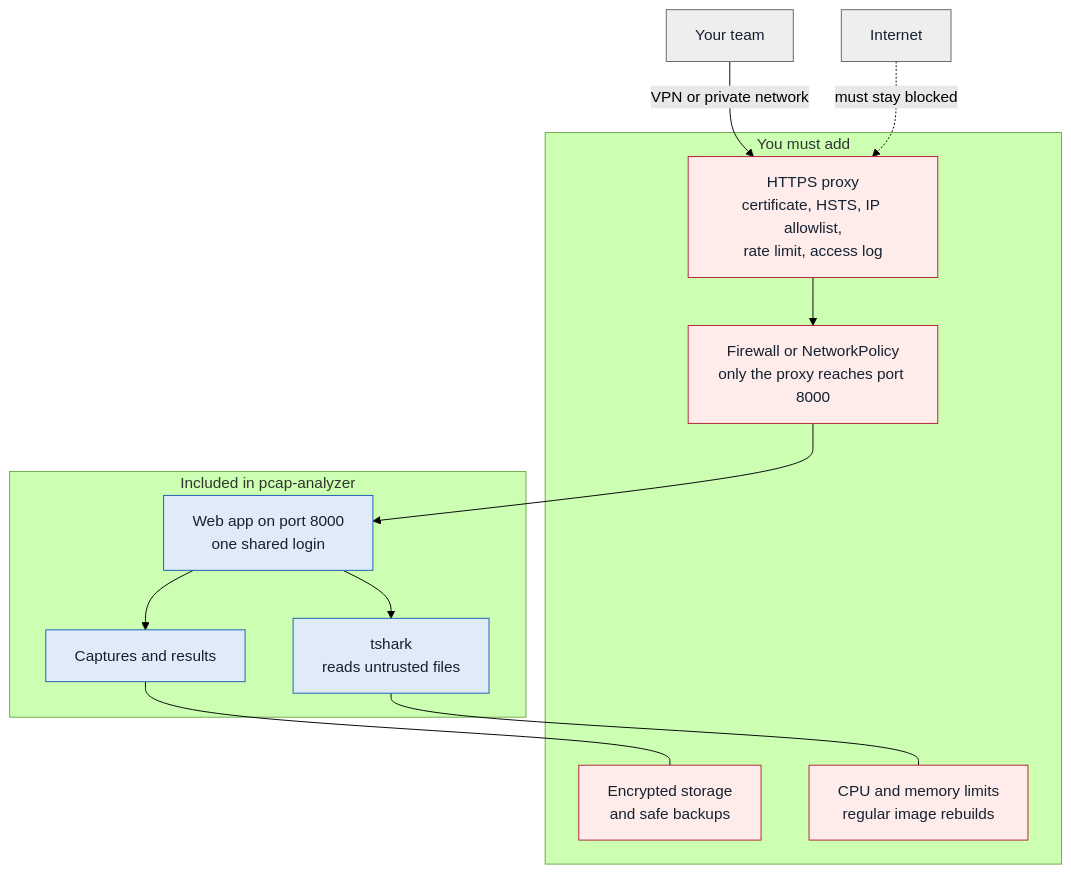
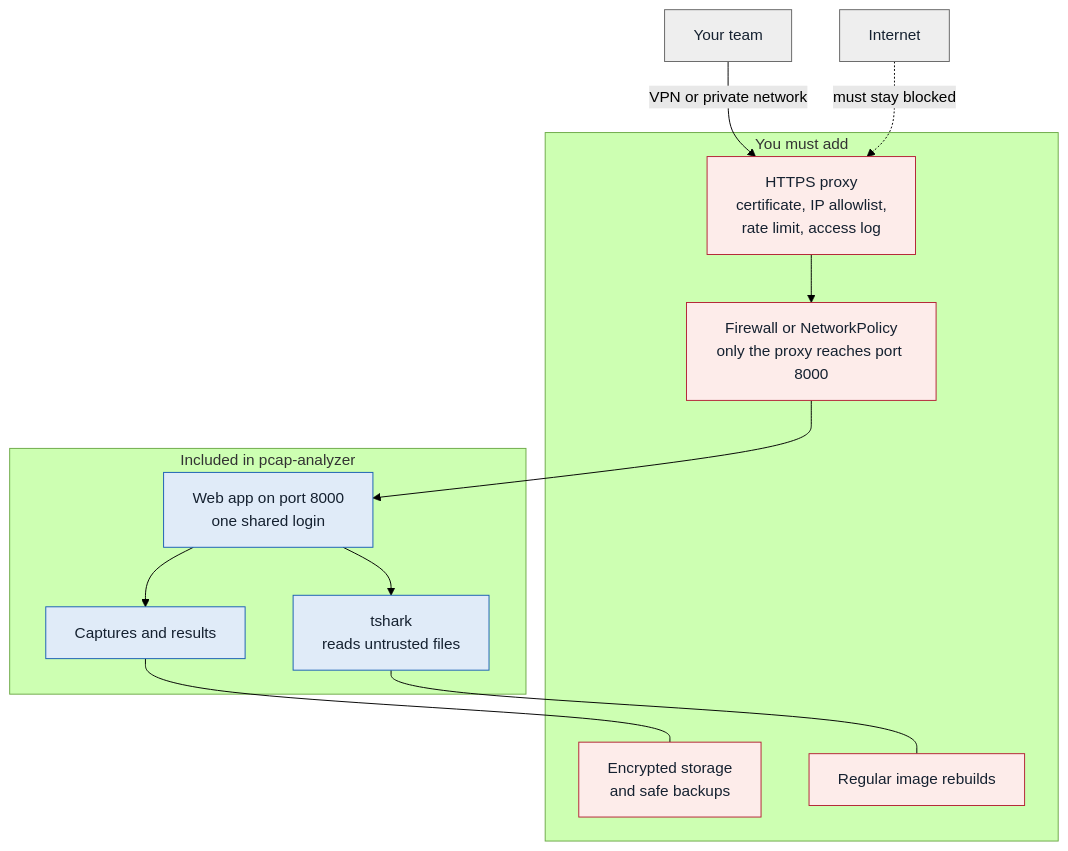
One commit to maerdogan/ai-pcap-analyzer-py-fastapi-htmx changed the diagram in README.md. Above: the diagram before and after it, drawn with Mermaid (forest theme). The commit also changed other lines of this file and 78 other files, not shown here.

First line of the commit message:
Add languages, knowledge base, new interface and release flow

````diff
--- a/README.md
+++ b/README.md
@@ -61,31 +66,31 @@
 ```mermaid
 flowchart TD
     team["Your team"] -->|"VPN or private network"| proxy
     internet["Internet"] -. "must stay blocked" .-> proxy
 
     subgraph add["You must add"]
-        proxy["HTTPS proxy<br/>certificate, HSTS, IP allowlist,<br/>rate limit, access log"]
+        proxy["HTTPS proxy<br/>certificate, IP allowlist,<br/>rate limit, access log"]
         firewall["Firewall or NetworkPolicy<br/>only the proxy reaches port 8000"]
         disk["Encrypted storage<br/>and safe backups"]
-        limits["CPU and memory limits<br/>regular image rebuilds"]
+        limits["Regular image rebuilds"]
     end
 
     subgraph has["Included in pcap-analyzer"]
         app["Web app on port 8000<br/>one shared login"]
         tshark["tshark<br/>reads untrusted files"]
         data["Captures and results"]
     end
 
     proxy --> firewall --> app
     app --> tshark
     app --> data
     data --- disk
     tshark --- limits
 
     classDef must fill:#fdecea,stroke:#b42335,color:#152130
     classDef have fill:#e0ebf8,stroke:#1a5fb4,color:#152130
     classDef outside fill:#eeeeee,stroke:#666666,color:#152130
     class proxy,firewall,disk,limits must
     class app,tshark,data have
     class team,internet outside
 ```
````
